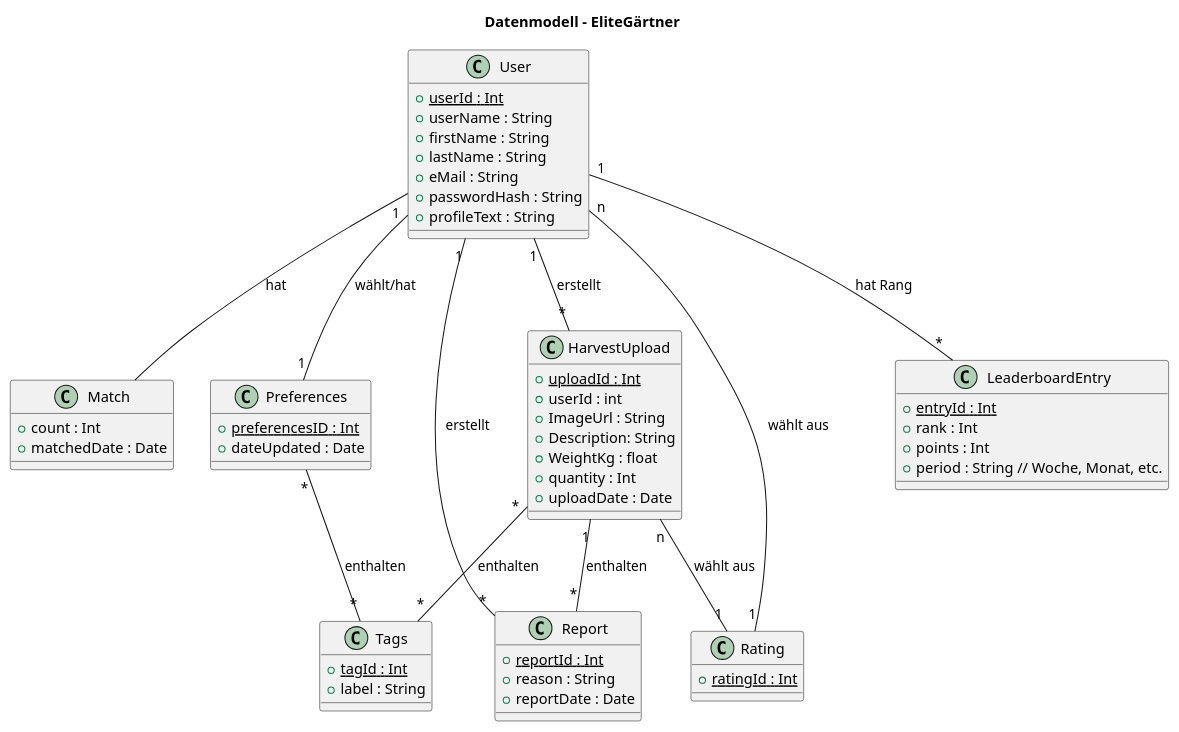
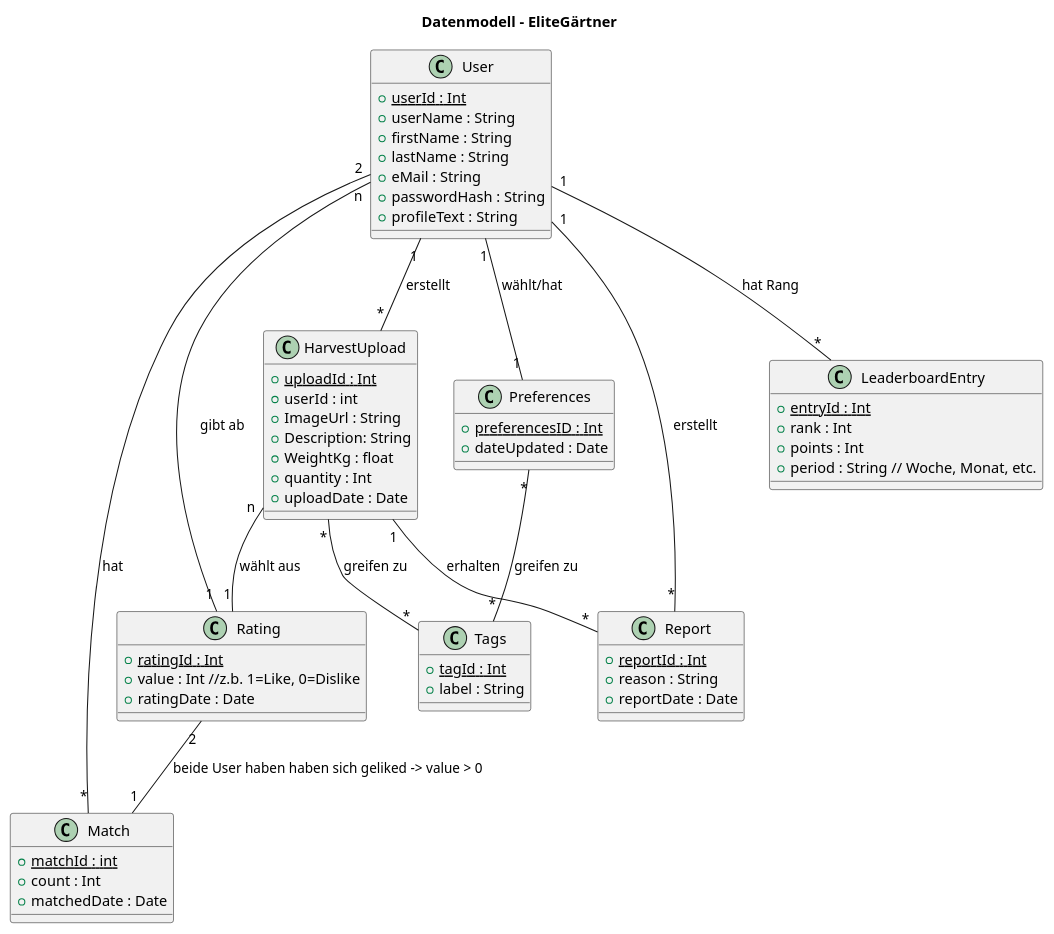
Before and after one commit to Team-Spassgetraenk/EliteGaertner: the diagram in EliteGaertner/docs/Datenmodell2.0.puml, drawn with PlantUML.

Commit message:
Fachliches Datenmodell überarbeitet

```diff
--- a/EliteGaertner/docs/Datenmodell2.0.puml
+++ b/EliteGaertner/docs/Datenmodell2.0.puml
@@ -1,85 +1,90 @@
 @startuml
 title Datenmodell – EliteGärtner
 
 
 skinparam ranksep 70
 
 class Match {
-   +count : Int
-   +matchedDate : Date     
+    +<u>matchId : int
+    +count : Int
+    +matchedDate : Date     
 }
 
 class User {
     +<u>userId : Int 
     +userName : String 
     +firstName : String 
     +lastName : String 
     +eMail : String 
     +passwordHash : String 
     +profileText : String 
 }
 
 class Preferences {
     +<u>preferencesID : Int 
     +dateUpdated : Date 
 }
 
 class Tags {
     +<u>tagId : Int
     +label : String
 }
 
 class HarvestUpload {
     +<u>uploadId : Int 
     +userId : int 
     +ImageUrl : String 
     +Description: String 
     +WeightKg : float 
     +quantity : Int 
     +uploadDate : Date 
 }
 
 class Rating {
     +<u>ratingId : Int
+    +value : Int //z.b. 1=Like, 0=Dislike
+    +ratingDate : Date
 }
 
 class Report {
   +<u>reportId : Int
   +reason : String
   +reportDate : Date
 }
 
 class LeaderboardEntry {
   +<u>entryId : Int
   +rank : Int
   +points : Int
   +period : String // Woche, Monat, etc.
 }
 
 
 
 '--- Beziehungen ---
 
 User "1" -- "*" LeaderboardEntry : hat Rang
 User "1" -- "1" Preferences : wählt/hat
 User "1" -- "*" HarvestUpload : erstellt
 User "1" -- "*" Report : erstellt
-User -- Match : hat
+User"2" -- "*"Match : hat
 
-Preferences "*" -- "*" Tags : enthalten
+Preferences "*" -- "*" Tags : greifen zu
 
-HarvestUpload "*" -- "*" Tags : enthalten
-HarvestUpload "1" -- "*" Report : enthalten
+HarvestUpload "*" -- "*" Tags : greifen zu
+HarvestUpload "1" -- "*" Report : erhalten
 HarvestUpload "n" -- "1" Rating : wählt aus
-User "n" -- "1" Rating : wählt aus
+User "n" -- "1" Rating : gibt ab
+Rating "2" -- "1" Match : beide User haben haben sich geliked -> value > 0
+
 
 
 
 
 
 
 
 
 
 
 @enduml
```
